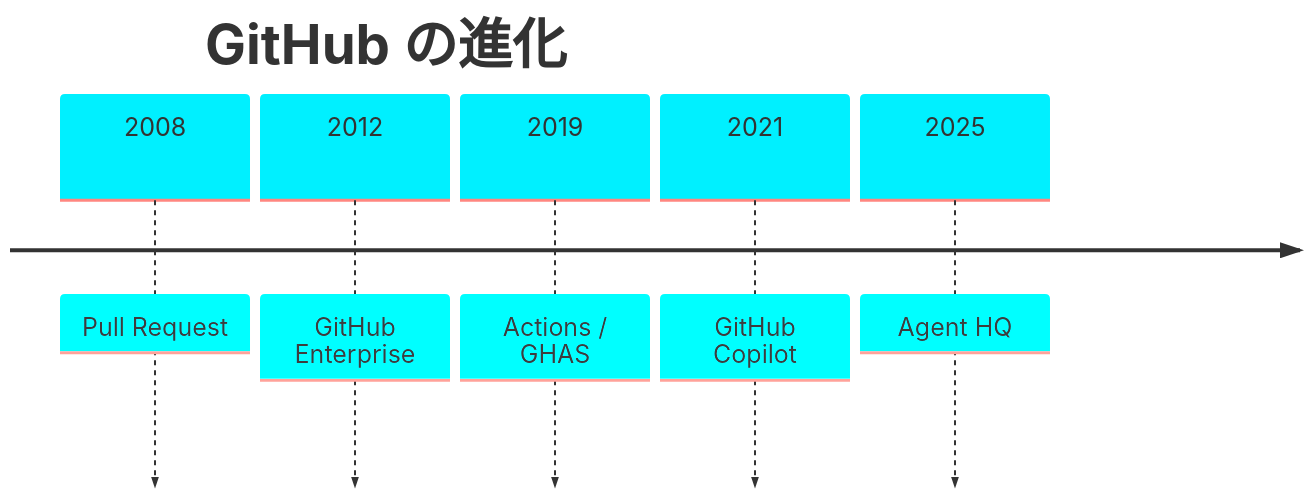
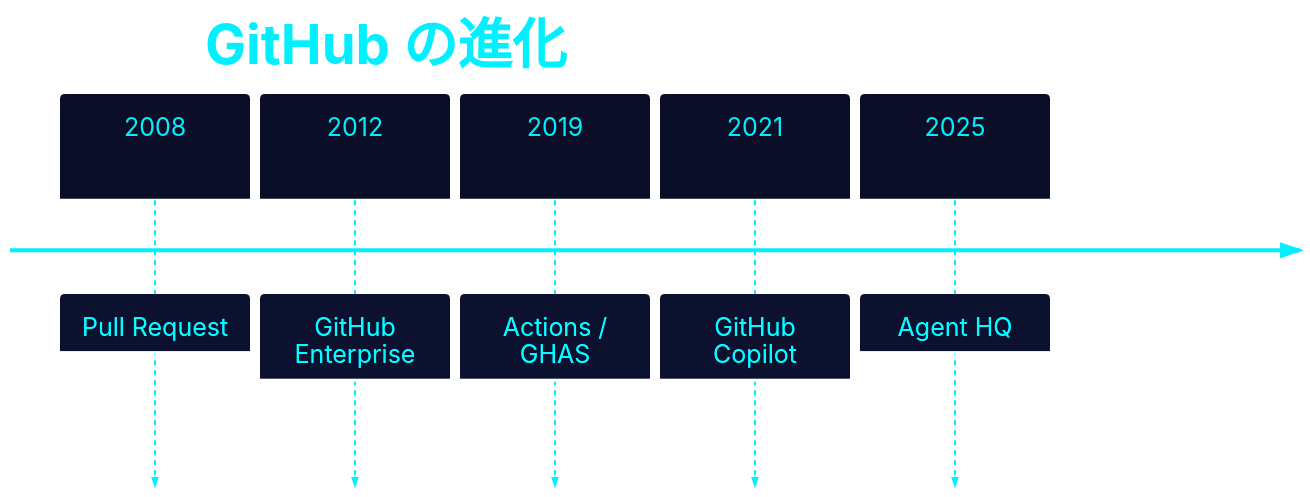
The first of 3 diagrams in src/content/glossary/github.md (theomonfort/theomonfort), drawn with Mermaid before and after one commit. The commit also changed other lines of this file and 9 other files, not shown here.

````diff
--- a/src/content/glossary/github.md
+++ b/src/content/glossary/github.md
@@ -40,10 +40,10 @@
 ```mermaid
-%%{init: {"theme":"base","timeline":{"disableMulticolor":true},"themeVariables":{"cScale0":"#00f0ff","cScale1":"#00f0ff","cScale2":"#00f0ff","fontSize":"25px"}}}%%
+%%{init: {"theme":"base","timeline":{"disableMulticolor":true},"themeVariables":{"cScale0":"#0a0e27","cScale1":"#0a0e27","cScale2":"#0a0e27","cScaleLabel0":"#00f0ff","cScaleLabel1":"#00f0ff","cScaleLabel2":"#00f0ff","primaryTextColor":"#00f0ff","textColor":"#00f0ff","fontSize":"25px"}}}%%
 timeline
   title GitHub の進化
   2008 : Pull Request
   2012 : GitHub Enterprise
   2019 : Actions / GHAS
   2021 : GitHub Copilot
   2025 : Agent HQ
 ```
````
